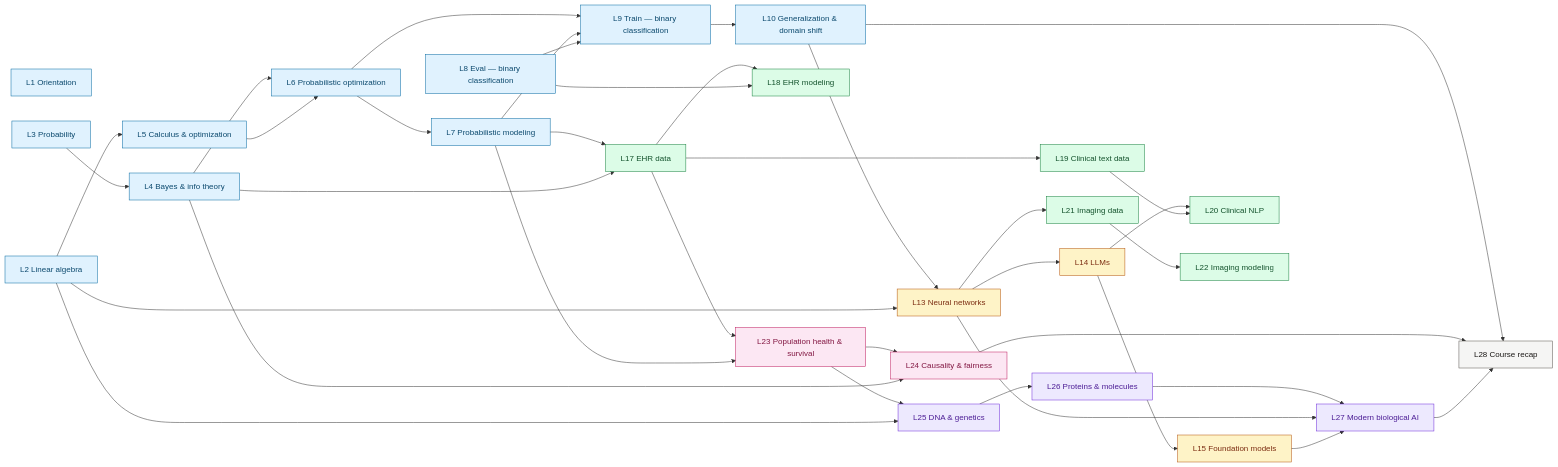
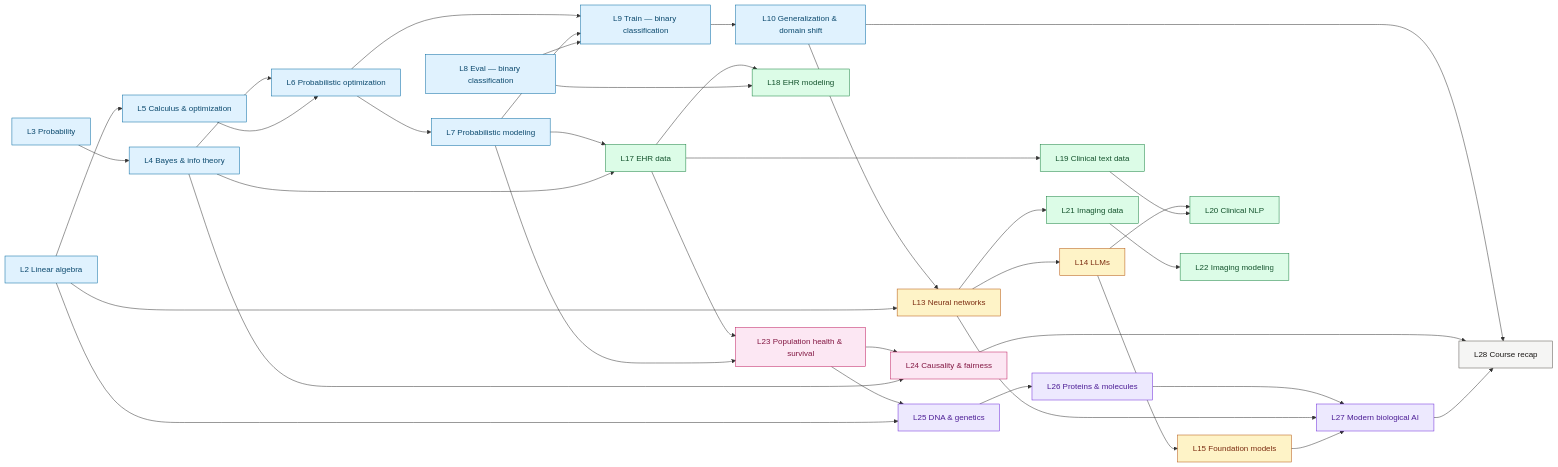
Before and after one commit to mmcdermott/binf4002_jupyterbook: the first of 7 diagrams in book/concept_map.md, drawn with Mermaid. The commit also changed other lines of this file and 2088 other files, not shown here.

````diff
--- a/book/concept_map.md
+++ b/book/concept_map.md
@@ -13,78 +13,77 @@
 ```{mermaid}
 flowchart LR
   classDef foundation fill:#e0f2fe,stroke:#0369a1,color:#0c4a6e
   classDef modernAI fill:#fef3c7,stroke:#b45309,color:#7c2d12
   classDef modality fill:#dcfce7,stroke:#15803d,color:#14532d
   classDef pop fill:#fce7f3,stroke:#be185d,color:#831843
   classDef bio fill:#ede9fe,stroke:#6d28d9,color:#4c1d95
   classDef recap fill:#f5f5f4,stroke:#57534e,color:#1c1917
 
-  L1[L1 Orientation]:::foundation
   L2[L2 Linear algebra]:::foundation
   L3[L3 Probability]:::foundation
   L4[L4 Bayes & info theory]:::foundation
   L5[L5 Calculus & optimization]:::foundation
   L6[L6 Probabilistic optimization]:::foundation
   L7[L7 Probabilistic modeling]:::foundation
   L8[L8 Eval — binary classification]:::foundation
   L9[L9 Train — binary classification]:::foundation
   L10[L10 Generalization & domain shift]:::foundation
 
   L13[L13 Neural networks]:::modernAI
   L14[L14 LLMs]:::modernAI
   L15[L15 Foundation models]:::modernAI
 
   L17[L17 EHR data]:::modality
   L18[L18 EHR modeling]:::modality
   L19[L19 Clinical text data]:::modality
   L20[L20 Clinical NLP]:::modality
   L21[L21 Imaging data]:::modality
   L22[L22 Imaging modeling]:::modality
 
   L23[L23 Population health & survival]:::pop
   L24[L24 Causality & fairness]:::pop
 
   L25[L25 DNA & genetics]:::bio
   L26[L26 Proteins & molecules]:::bio
   L27[L27 Modern biological AI]:::bio
 
   L28[L28 Course recap]:::recap
 
   L2 --> L5
   L3 --> L4
   L4 --> L6
   L5 --> L6
   L6 --> L7
   L6 --> L9
   L7 --> L9
   L8 --> L9
   L9 --> L10
   L10 --> L13
   L2 --> L13
   L13 --> L14
   L14 --> L15
 
   L7 --> L17
   L4 --> L17
   L17 --> L18
   L8 --> L18
   L17 --> L19
   L14 --> L20
   L19 --> L20
   L13 --> L21
   L21 --> L22
   L17 --> L23
   L7 --> L23
   L23 --> L24
   L4 --> L24
   L23 --> L25
   L2 --> L25
   L25 --> L26
   L26 --> L27
   L13 --> L27
   L15 --> L27
 
   L10 --> L28
   L24 --> L28
   L27 --> L28
 ```
````
